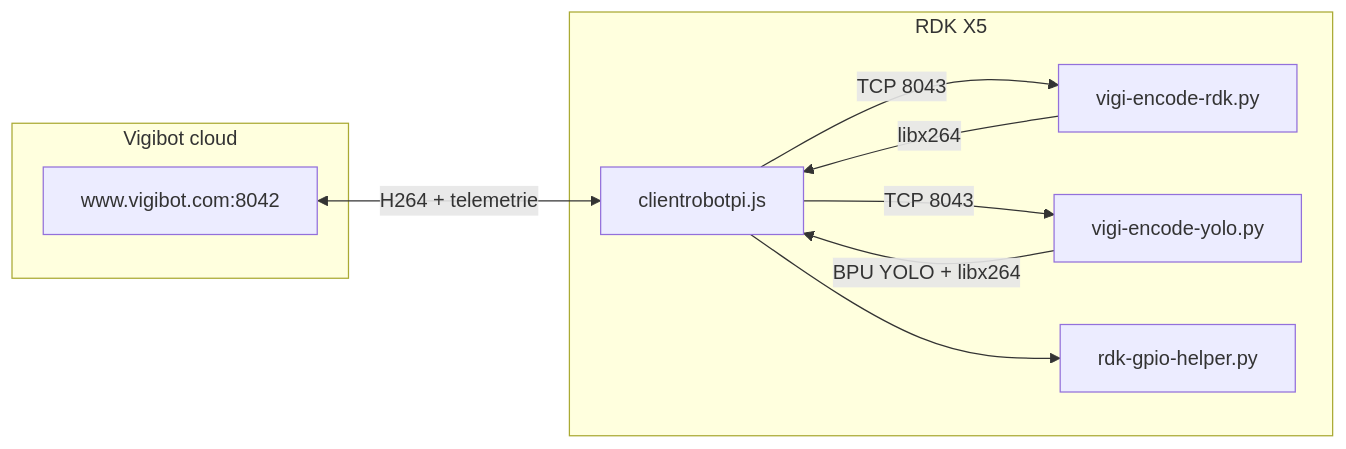
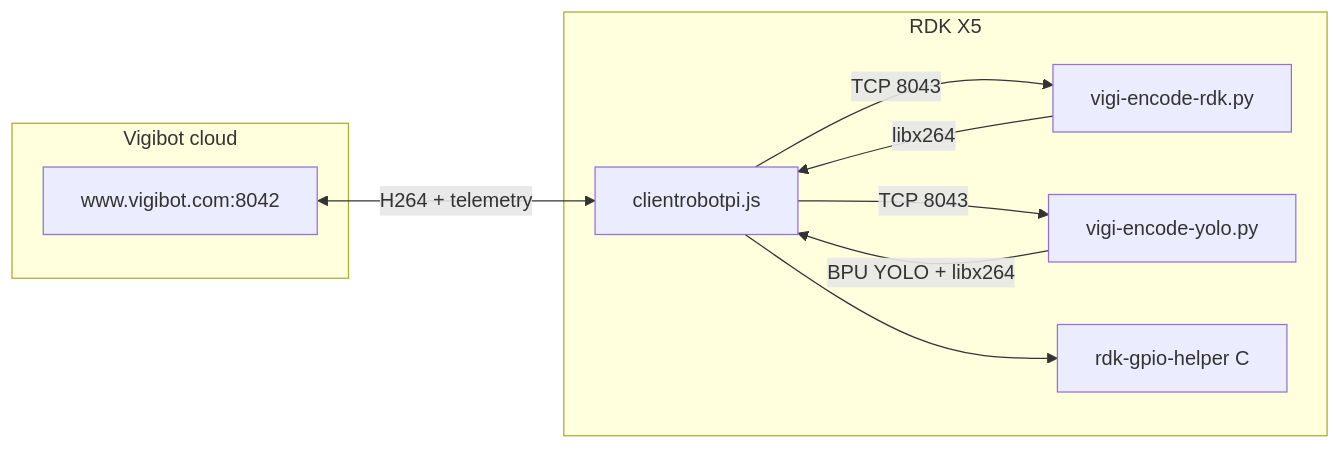
One commit to XimunMendiburu-git/vigibot-rdk-x5 changed the diagram in docs/poc-vigibot-rdk-x5.md. Above: the diagram before and after it, drawn with Mermaid. The commit also changed other lines of this file and 8 other files, not shown here.

````diff
--- a/docs/poc-vigibot-rdk-x5.md
+++ b/docs/poc-vigibot-rdk-x5.md
@@ -35,18 +35,18 @@
 ```mermaid
 flowchart LR
   subgraph vigibot [Vigibot cloud]
     Server["www.vigibot.com:8042"]
   end
   subgraph rdk [RDK X5]
     Node[clientrobotpi.js]
     Enc0[vigi-encode-rdk.py]
     Enc1[vigi-encode-yolo.py]
-    GpioBridge[rdk-gpio-helper.py]
+    GpioBridge[rdk-gpio-helper C]
     Node -->|"TCP 8043"| Enc0
     Node -->|"TCP 8043"| Enc1
     Node --> GpioBridge
   end
-  Server <-->|"H264 + telemetrie"| Node
+  Server <-->|"H264 + telemetry"| Node
   Enc0 -->|libx264| Node
   Enc1 -->|"BPU YOLO + libx264"| Node
 ```
````
